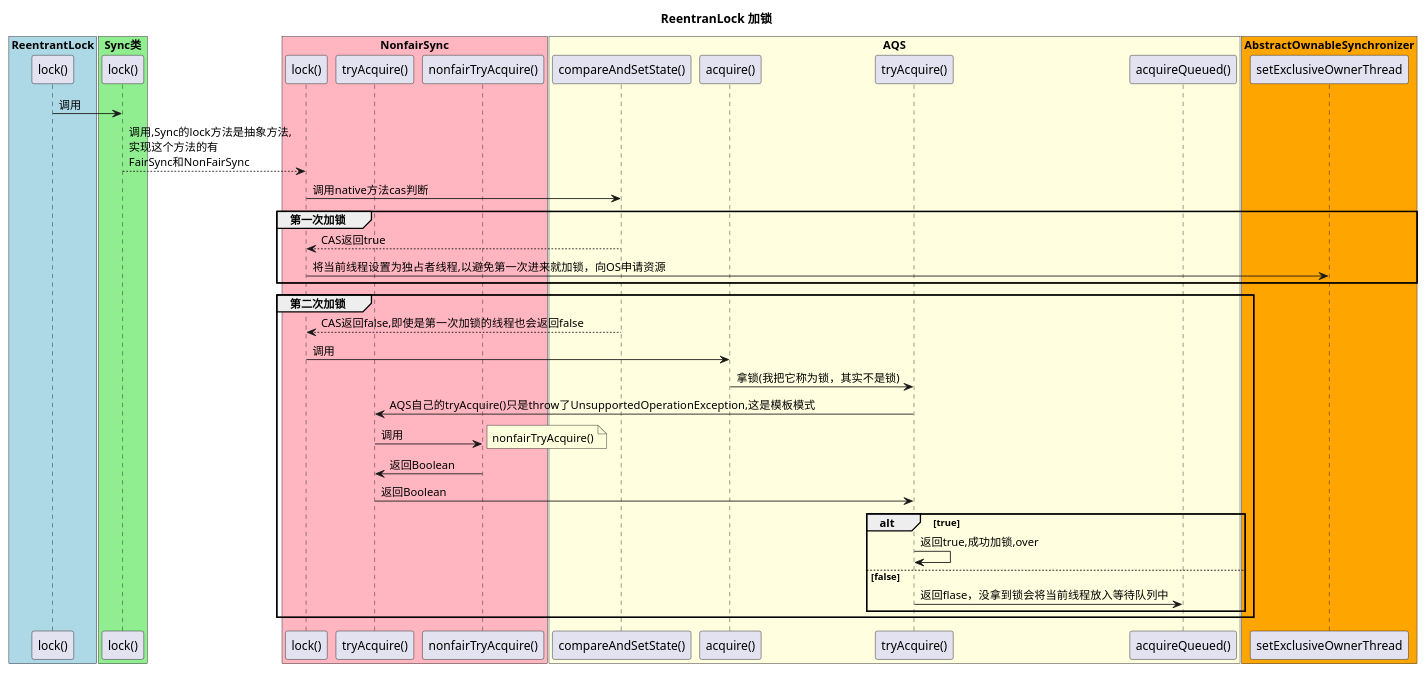
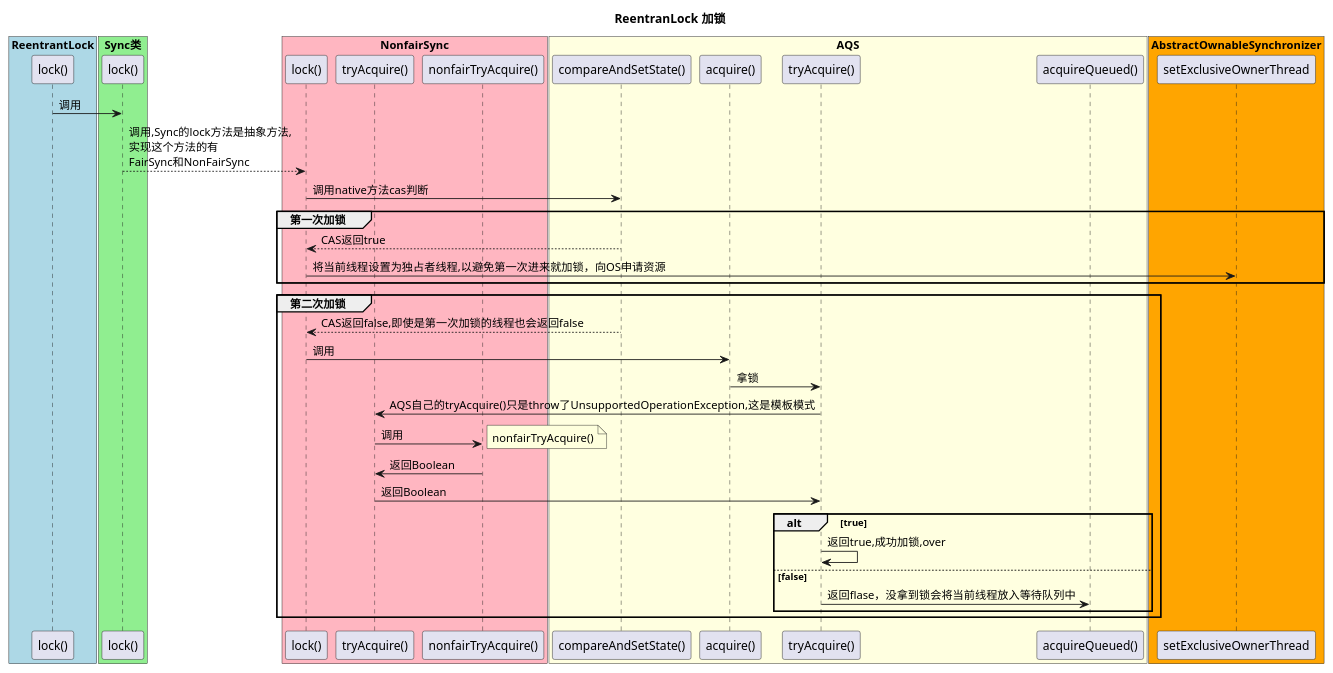
The diagram in src/main/java/AQS/AQS.puml (tipangkamen/ConcurrentProgramming), drawn with PlantUML before and after one commit. The commit also changed 2 other files, not shown here.

```diff
--- a/src/main/java/AQS/AQS.puml
+++ b/src/main/java/AQS/AQS.puml
@@ -1,59 +1,59 @@
 @startuml
 
 title ReentranLock 加锁
 
 box "ReentrantLock" #LightBlue
     participant "lock()" as RLock
 end box
 
 box "Sync类" #LightGreen
     participant "lock()" as SLock
 end box
 
 box "NonfairSync" #LightPink
     participant "lock()" as NFLock
     participant "tryAcquire()" as NFTAc
     participant "nonfairTryAcquire()" as NFNFTAc
 end box
 
 box "AQS"  #LightYellow
     participant "compareAndSetState()" as CAS
     participant "acquire()" as AQSAc
     participant "tryAcquire()" as AQStAc
     participant "acquireQueued()" as AQSacQu
 end box
 
 box "AbstractOwnableSynchronizer"  #Orange
     participant setExclusiveOwnerThread as setEx
 end box
 
 RLock -> SLock:  调用
 SLock --> NFLock: 调用,Sync的lock方法是抽象方法,\n实现这个方法的有\nFairSync和NonFairSync
 NFLock -> CAS:调用native方法cas判断
 group 第一次加锁
 CAS --> NFLock: CAS返回true
 NFLock -> setEx: 将当前线程设置为独占者线程,以避免第一次进来就加锁，向OS申请资源
 end
 
 group 第二次加锁
 CAS --> NFLock: CAS返回false,即使是第一次加锁的线程也会返回false
 NFLock -> AQSAc: 调用
-AQSAc  -> AQStAc: 拿锁(我把它称为锁，其实不是锁)
+AQSAc  -> AQStAc: 拿锁
 AQStAc -> NFTAc: AQS自己的tryAcquire()只是throw了UnsupportedOperationException,这是模板模式
 NFTAc  -> NFNFTAc: 调用
 note right
 nonfairTryAcquire()
 end note
 NFNFTAc -> NFTAc:返回Boolean
 NFTAc -> AQStAc : 返回Boolean
 
 alt true
 AQStAc -> AQStAc: 返回true,成功加锁,over
 else false
 AQStAc -> AQSacQu: 返回flase，没拿到锁会将当前线程放入等待队列中
 end
 end
 
 
 
 @enduml
```
